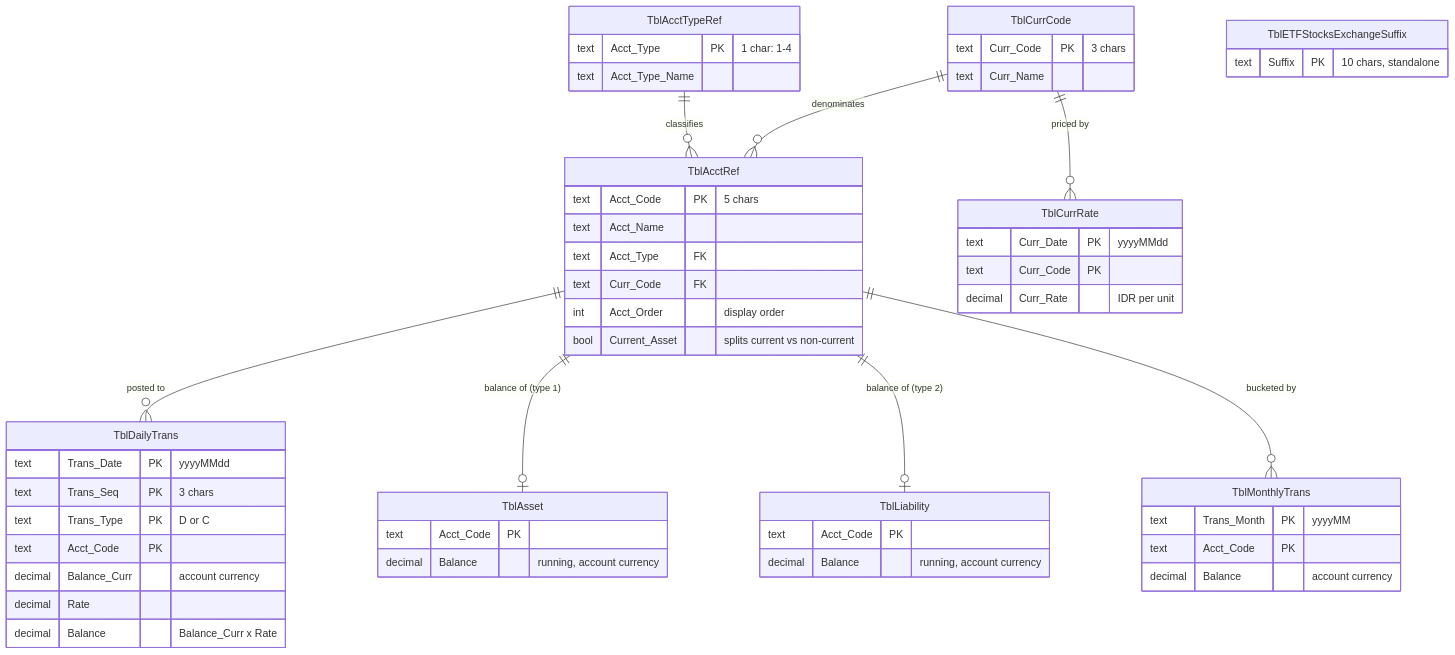
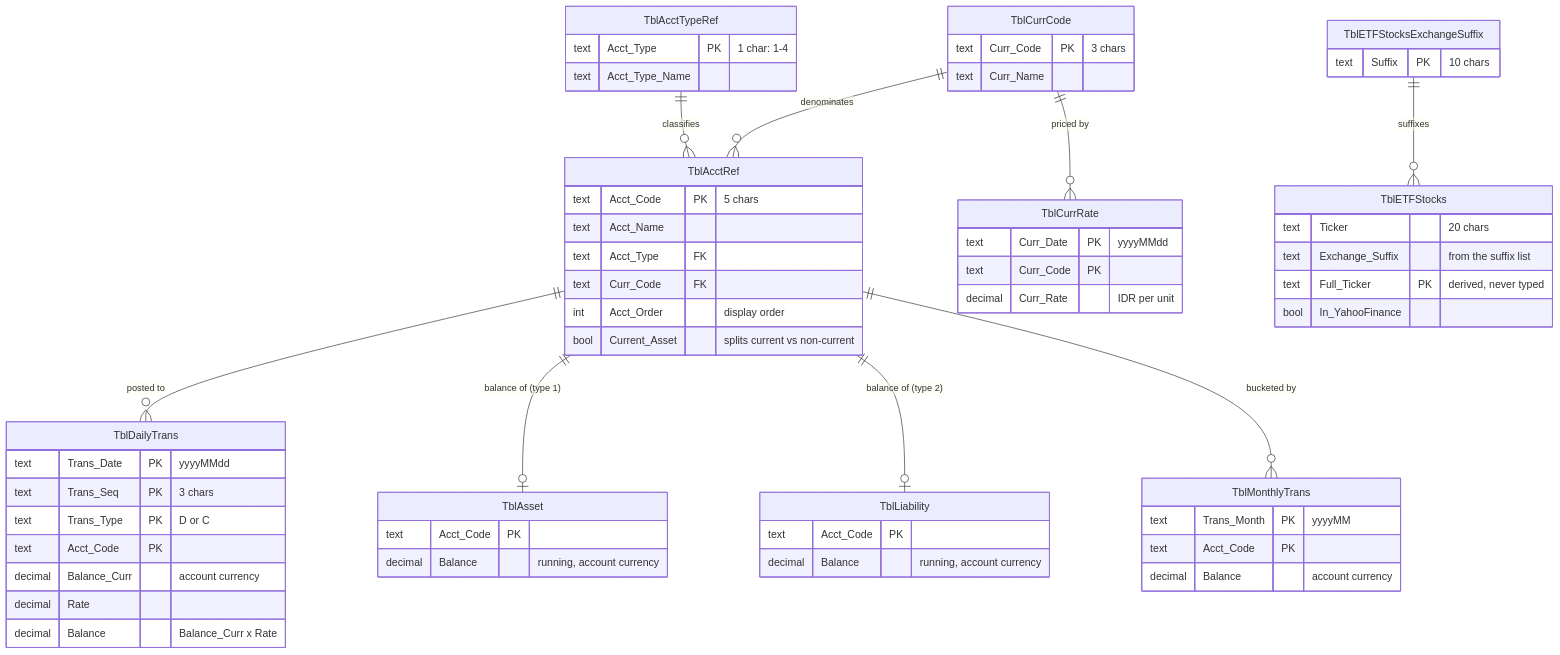
One commit to oscar-rijadi/FinancialBalance changed the third of 3 diagrams in README.md. Above: the diagram before and after it, drawn with Mermaid. The commit also changed other lines of this file and 49 other files, not shown here.

````diff
--- a/README.md
+++ b/README.md
@@ -136,57 +139,64 @@
 ```mermaid
 erDiagram
     TblAcctTypeRef  ||--o{ TblAcctRef      : "classifies"
     TblCurrCode     ||--o{ TblAcctRef      : "denominates"
     TblCurrCode     ||--o{ TblCurrRate     : "priced by"
     TblAcctRef      ||--o{ TblDailyTrans   : "posted to"
     TblAcctRef      ||--o| TblAsset        : "balance of (type 1)"
     TblAcctRef      ||--o| TblLiability    : "balance of (type 2)"
     TblAcctRef      ||--o{ TblMonthlyTrans : "bucketed by"
+    TblETFStocksExchangeSuffix ||--o{ TblETFStocks : "suffixes"
 
     TblAcctTypeRef {
         text Acct_Type PK "1 char: 1-4"
         text Acct_Type_Name
     }
     TblAcctRef {
         text Acct_Code PK "5 chars"
         text Acct_Name
         text Acct_Type FK
         text Curr_Code FK
         int  Acct_Order "display order"
         bool Current_Asset "splits current vs non-current"
     }
     TblCurrCode {
         text Curr_Code PK "3 chars"
         text Curr_Name
     }
     TblCurrRate {
         text    Curr_Date PK "yyyyMMdd"
         text    Curr_Code PK
         decimal Curr_Rate "IDR per unit"
     }
     TblDailyTrans {
         text    Trans_Date PK "yyyyMMdd"
         text    Trans_Seq PK "3 chars"
         text    Trans_Type PK "D or C"
         text    Acct_Code PK
         decimal Balance_Curr "account currency"
         decimal Rate
         decimal Balance "Balance_Curr x Rate"
     }
     TblAsset {
         text    Acct_Code PK
         decimal Balance "running, account currency"
     }
     TblLiability {
         text    Acct_Code PK
         decimal Balance "running, account currency"
     }
     TblMonthlyTrans {
         text    Trans_Month PK "yyyyMM"
         text    Acct_Code PK
         decimal Balance "account currency"
     }
     TblETFStocksExchangeSuffix {
-        text Suffix PK "10 chars, standalone"
+        text Suffix PK "10 chars"
+    }
+    TblETFStocks {
+        text Ticker "20 chars"
+        text Exchange_Suffix "from the suffix list"
+        text Full_Ticker PK "derived, never typed"
+        bool In_YahooFinance
     }
 ```
````
